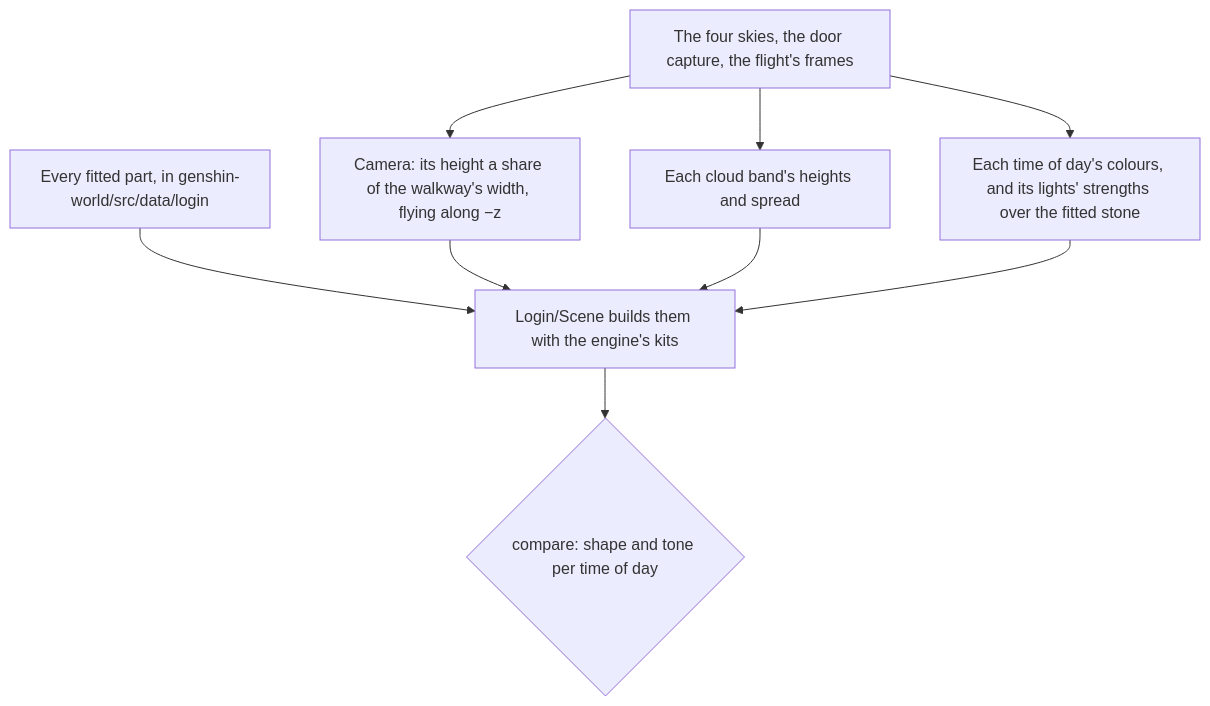
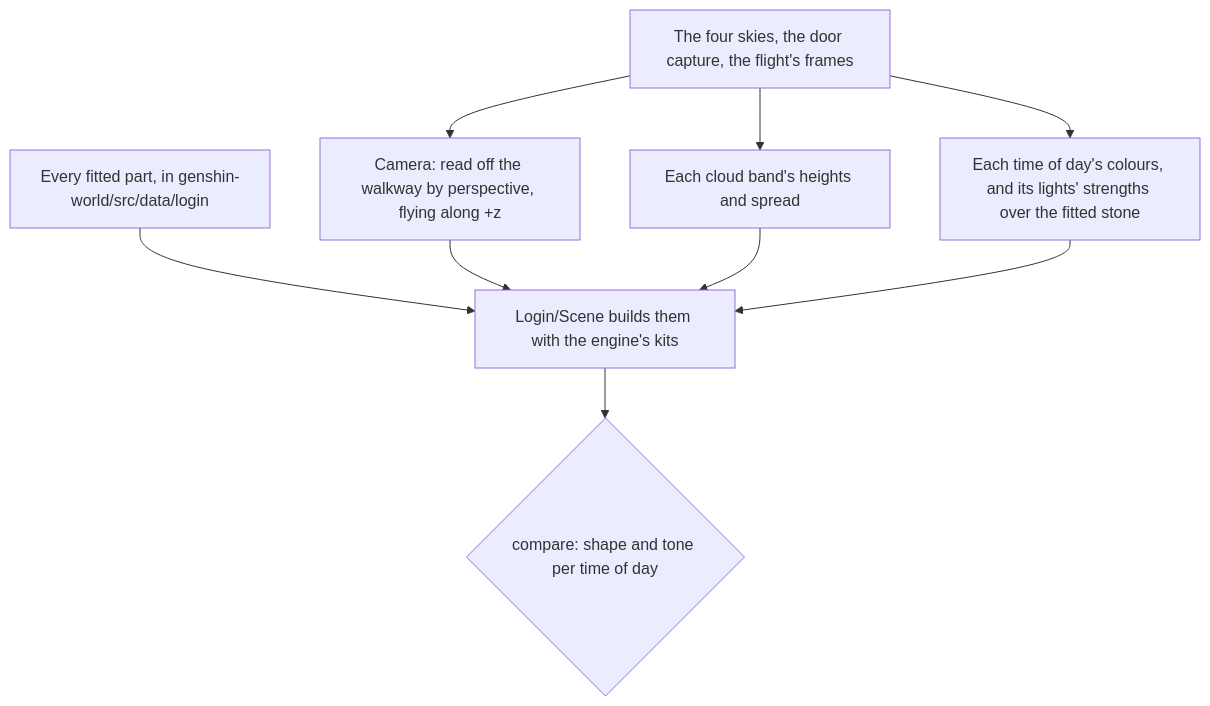
One commit to Esposter/Esposter changed the second of 2 diagrams in apps/web/content/docs/genshin/login-screen.md. Above: the diagram before and after it, drawn with Mermaid. The commit also changed other lines of this file and 17 other files, not shown here.

First line of the commit message:
fix(genshin): the walkway hangs at the door's scale, and the flight's poses are read off it by perspective

````diff
--- a/apps/web/content/docs/genshin/login-screen.md
+++ b/apps/web/content/docs/genshin/login-screen.md
@@ -31,11 +31,11 @@
 ```mermaid
 flowchart TD
   DATA["Every fitted part, in genshin-world/src/data/login"] --> SCENE[Login/Scene builds them with the engine's kits]
-  REF[The four skies, the door capture, the flight's frames] --> CAM["Camera: its height a share of the walkway's width, flying along −z"]
+  REF[The four skies, the door capture, the flight's frames] --> CAM["Camera: read off the walkway by perspective, flying along +z"]
   REF --> BANDS[Each cloud band's heights and spread]
   REF --> LIGHT["Each time of day's colours, and its lights' strengths over the fitted stone"]
   CAM --> SCENE
   BANDS --> SCENE
   LIGHT --> SCENE
   SCENE --> SCORE{compare: shape and tone per time of day}
 ```
````
